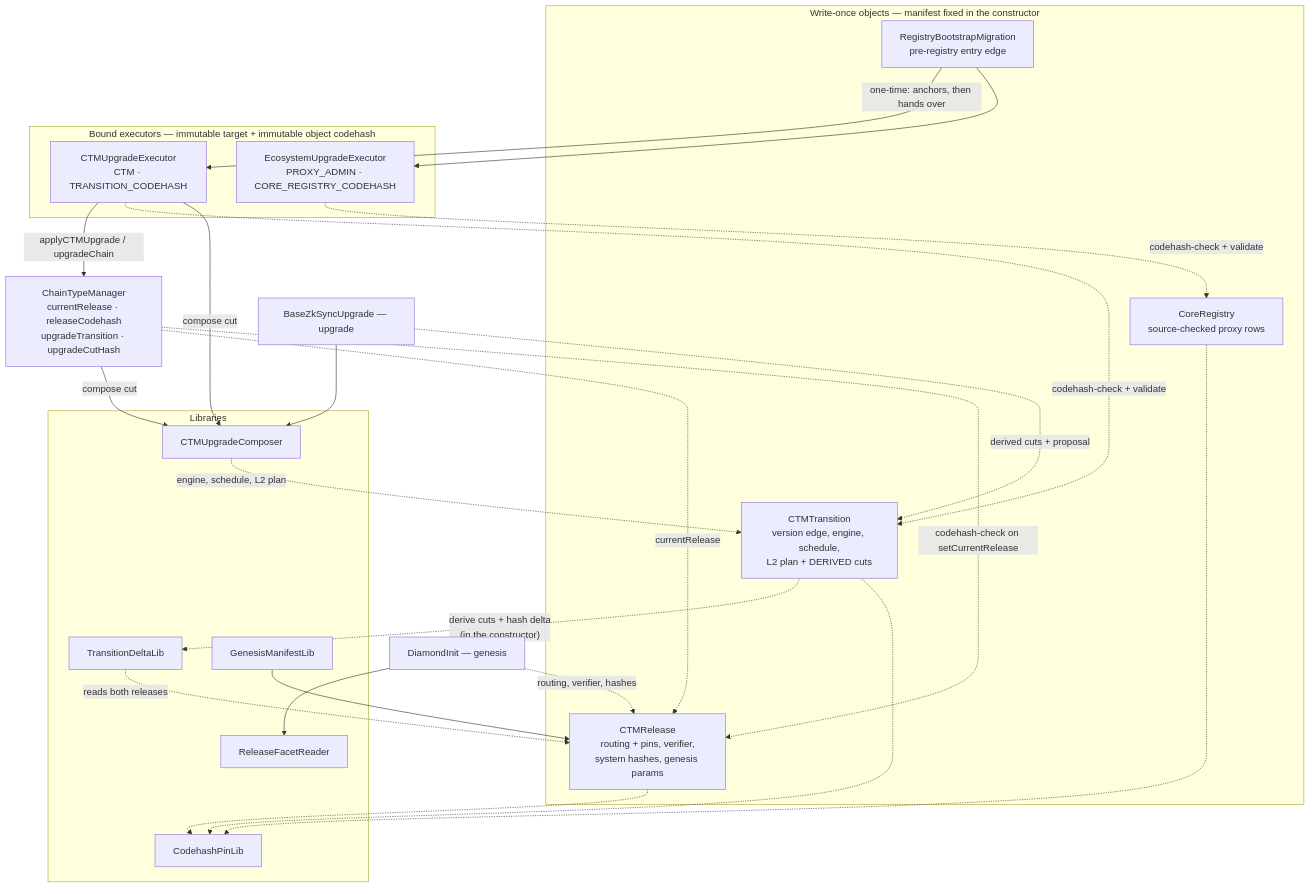
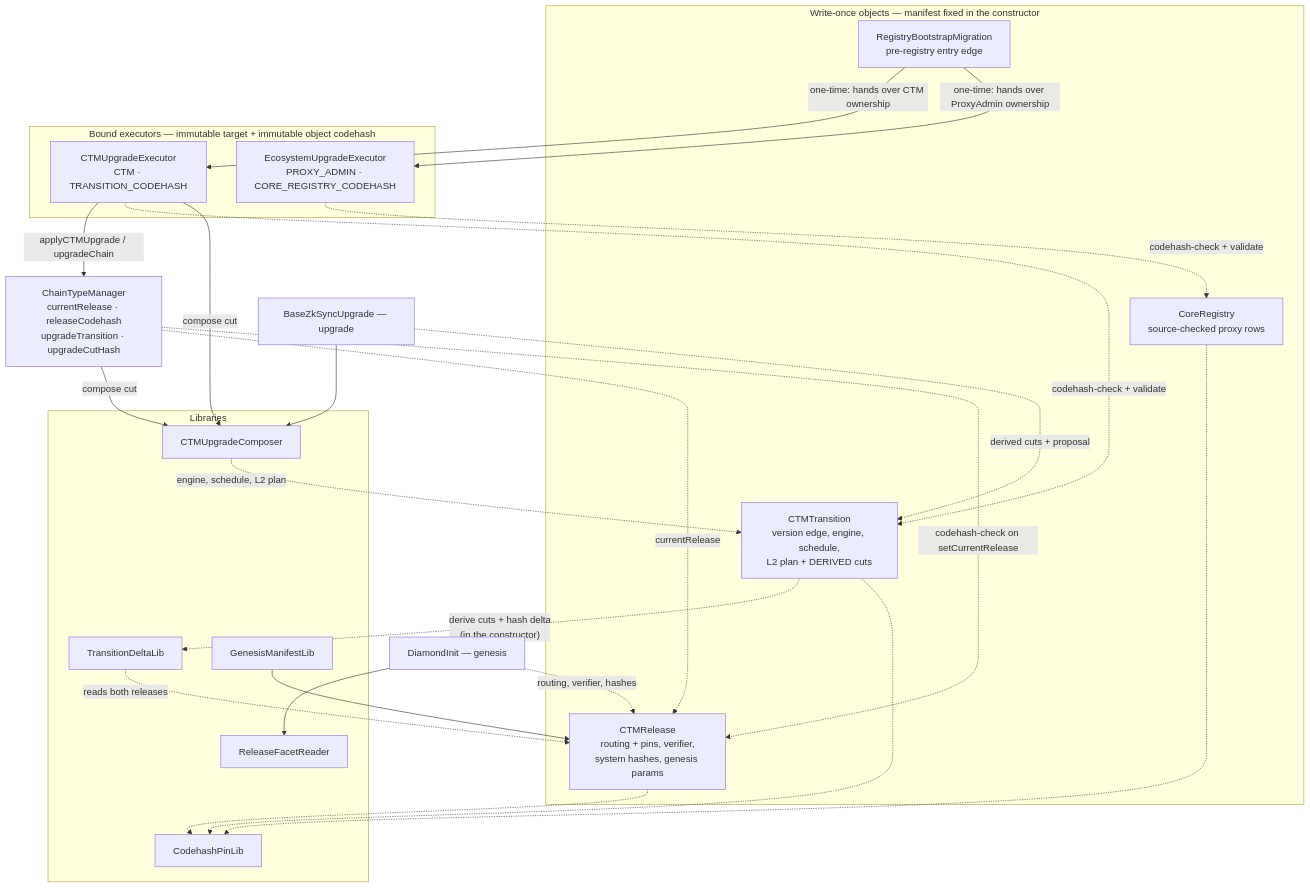
Before and after one commit to matter-labs/era-contracts: the first of 3 diagrams in docs/registry-driven-upgrades.md, drawn with Mermaid. The commit also changed 13 other files, not shown here.

````diff
--- a/docs/registry-driven-upgrades.md
+++ b/docs/registry-driven-upgrades.md
@@ -53,51 +53,51 @@
 ```mermaid
 flowchart TB
     subgraph obj["Write-once objects — manifest fixed in the constructor"]
       REL["CTMRelease<br/>routing + pins, verifier,<br/>system hashes, genesis params"]
       TRA["CTMTransition<br/>version edge, engine, schedule,<br/>L2 plan + DERIVED cuts"]
       CR["CoreRegistry<br/>source-checked proxy rows"]
       BOOT["RegistryBootstrapMigration<br/>pre-registry entry edge"]
     end
 
     subgraph exe["Bound executors — immutable target + immutable object codehash"]
       CE["CTMUpgradeExecutor<br/>CTM · TRANSITION_CODEHASH"]
       EE["EcosystemUpgradeExecutor<br/>PROXY_ADMIN · CORE_REGISTRY_CODEHASH"]
     end
 
     subgraph lib["Libraries"]
       TDL["TransitionDeltaLib"]
       RFR["ReleaseFacetReader"]
       CUC["CTMUpgradeComposer"]
       GML["GenesisManifestLib"]
       CPL["CodehashPinLib"]
     end
 
     CTM["ChainTypeManager<br/>currentRelease · releaseCodehash<br/>upgradeTransition · upgradeCutHash"]
     DI["DiamondInit — genesis"]
     BZU["BaseZkSyncUpgrade — upgrade"]
 
     GML --> REL
     TRA -. "derive cuts + hash delta<br/>(in the constructor)" .-> TDL
     TDL -. "reads both releases" .-> REL
 
     CE -- "applyCTMUpgrade / upgradeChain" --> CTM
     CE -. "codehash-check + validate" .-> TRA
     EE -. "codehash-check + validate" .-> CR
-    BOOT -- "one-time: anchors, then hands over" --> CE
-    BOOT --> EE
+    BOOT -- "one-time: hands over CTM ownership" --> CE
+    BOOT -- "one-time: hands over ProxyAdmin ownership" --> EE
 
     CTM -. currentRelease .-> REL
     CTM -. "codehash-check on setCurrentRelease" .-> REL
     CTM -- "compose cut" --> CUC
     CE -- "compose cut" --> CUC
     CUC -. "engine, schedule, L2 plan" .-> TRA
 
     DI -. "routing, verifier, hashes" .-> REL
     DI --> RFR
     BZU -. "derived cuts + proposal" .-> TRA
     BZU --> CUC
 
     REL -.-> CPL
     TRA -.-> CPL
     CR -.-> CPL
 ```
````
